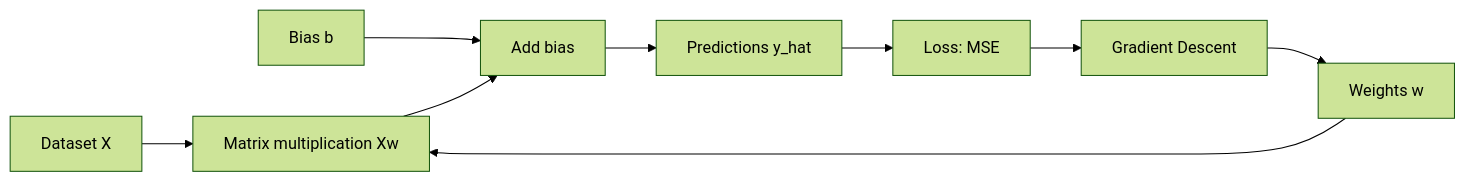
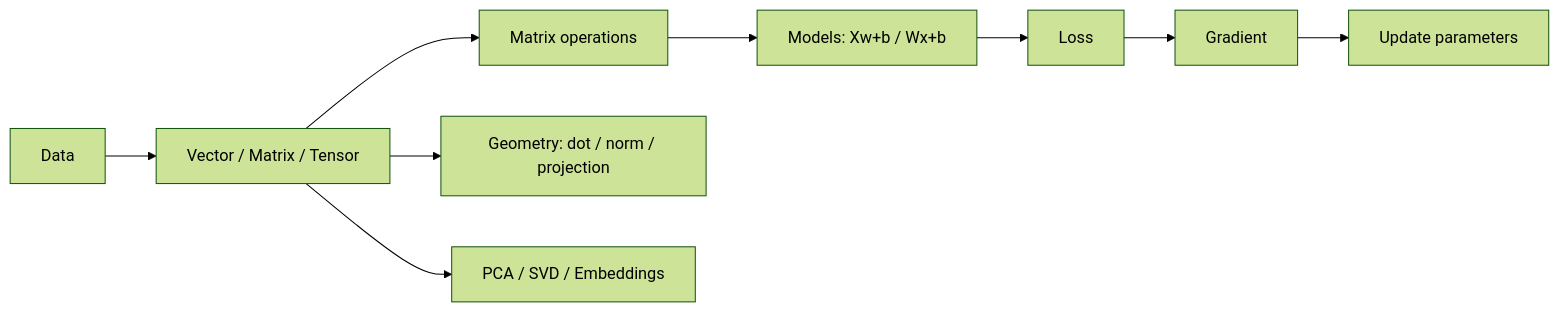
Before and after one commit to AlanKhan145/course-knowledge-base: the diagram in ai-data-scientist-roadmap/AI-Data-Scientist-Roadmap-Course/00 - Roadmap.sh AI Data Scientist Official/01 - Math, Statistics and Econometrics/Module 01 - Mathematics for AI and Data Science/01-Algebra/001 - Linear Algebra - Practice.md, drawn with Mermaid (forest theme). The commit also changed other lines of this file and 1 other file, not shown here.

````diff
--- a/ai-data-scientist-roadmap/AI-Data-Scientist-Roadmap-Course/00 - Roadmap.sh AI Data Scientist Official/01 - Math, Statistics and Econometrics/Module 01 - Mathematics for AI and Data Science/01-Algebra/001 - Linear Algebra - Practice.md
+++ b/ai-data-scientist-roadmap/AI-Data-Scientist-Roadmap-Course/00 - Roadmap.sh AI Data Scientist Official/01 - Math, Statistics and Econometrics/Module 01 - Mathematics for AI and Data Science/01-Algebra/001 - Linear Algebra - Practice.md
@@ -680,11 +12,11 @@
 ```mermaid
 flowchart LR
-    A["Dataset X"] --> B["Matrix multiplication Xw"]
-    C["Weights w"] --> B
-    D["Bias b"] --> E["Add bias"]
-    B --> E
-    E --> F["Predictions y_hat"]
-    F --> G["Loss: MSE"]
-    G --> H["Gradient Descent"]
-    H --> C
+    A["Data"] --> B["Vector / Matrix / Tensor"]
+    B --> C["Matrix operations"]
+    C --> D["Models: Xw+b / Wx+b"]
+    D --> E["Loss"]
+    E --> F["Gradient"]
+    F --> G["Update parameters"]
+    B --> H["Geometry: dot / norm / projection"]
+    B --> I["PCA / SVD / Embeddings"]
 ```
````
